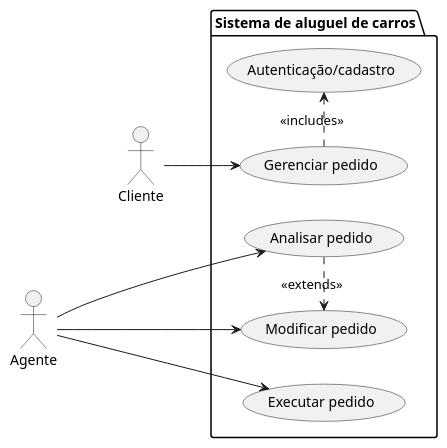
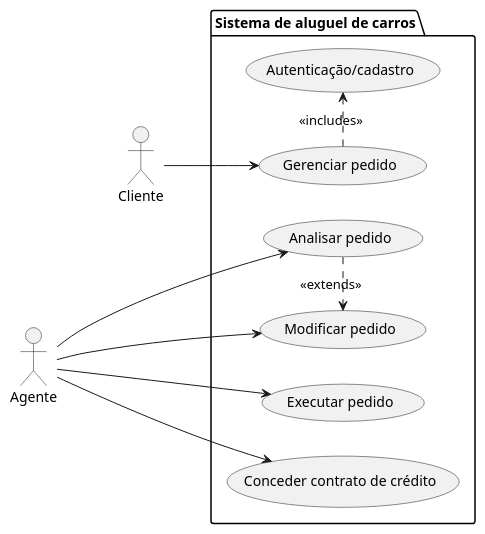
The diagram in Projeto/Diagrama de Casos de uso/DiagramaDeCasoDeUso.puml (lucasxae/RentCarSystem), drawn with PlantUML before and after one commit.

Commit message:
Atualizando puml do diagrama de casos de uso

```diff
--- a/Projeto/Diagrama de Casos de uso/DiagramaDeCasoDeUso.puml
+++ b/Projeto/Diagrama de Casos de uso/DiagramaDeCasoDeUso.puml
@@ -1,23 +1,25 @@
 @startuml
 Left to right direction
 
 Actor Cliente as c
 Actor Agente as a
 
 package "Sistema de aluguel de carros"{
   usecase "Autenticação/cadastro" as UC1
   usecase "Gerenciar pedido" as UC2
   usecase "Analisar pedido" as UC3
   usecase "Modificar pedido" as UC4
   usecase "Executar pedido" as UC5
+  usecase "Conceder contrato de crédito" as UC6
 }
 
 c-->UC2
 a-->UC3
 a-->UC4
 a--->UC5
+a-->UC6
 
 (UC2) .>(UC1) : <<includes>>
 (UC3) .>(UC4) : <<extends>>
 
 @enduml
```
